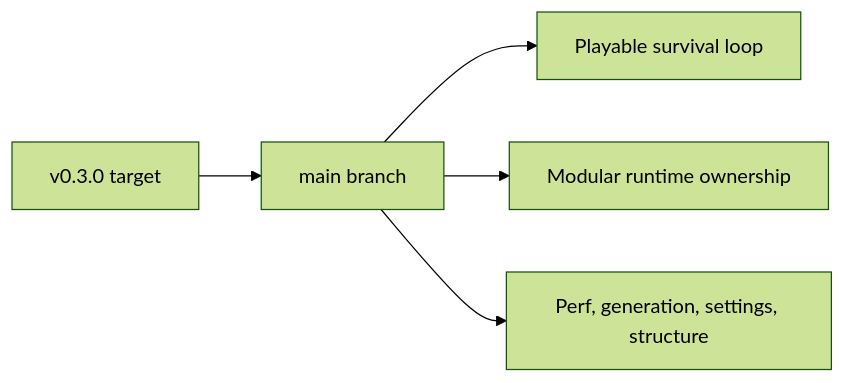
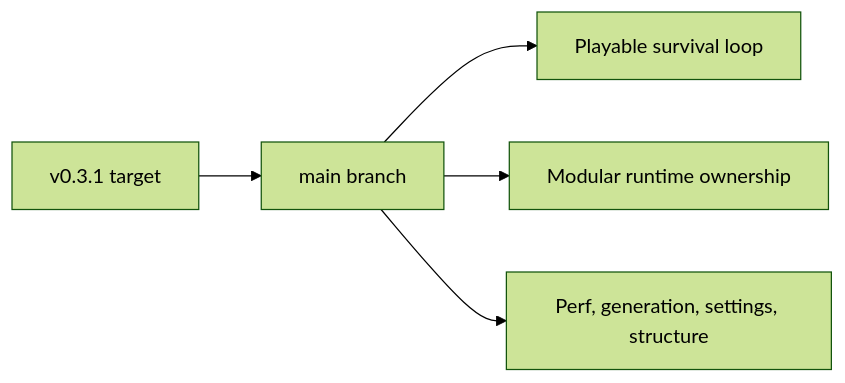
One commit to AlexAgo83/emberwake changed the second of 10 diagrams in README.md. Above: the diagram before and after it, drawn with Mermaid (forest theme). The commit also changed other lines of this file and 4 other files, not shown here.

````diff
--- a/README.md
+++ b/README.md
@@ -48,7 +48,7 @@
 ```mermaid
 flowchart LR
-    Release[v0.3.0 target] --> Main[main branch]
+    Release[v0.3.1 target] --> Main[main branch]
     Main --> Playable[Playable survival loop]
     Main --> Modular[Modular runtime ownership]
     Main --> Next[Perf, generation, settings, structure]
 ```
````
